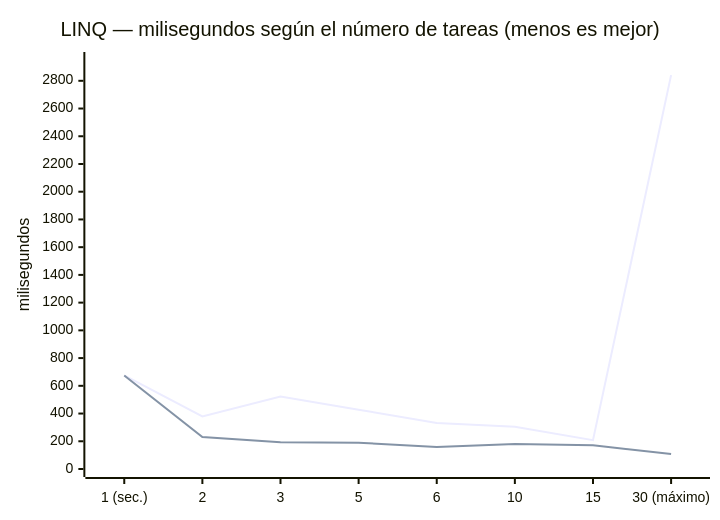
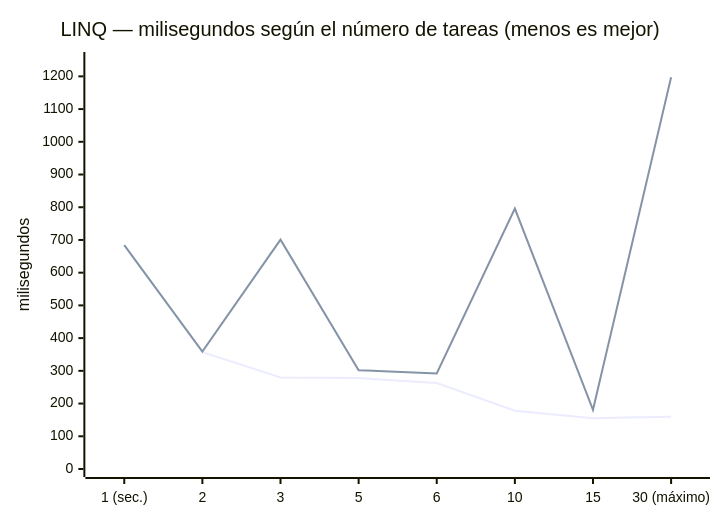
The third of 5 diagrams in soluciones/09-AccidentesMadrid/README.md (joseluisgs/DesarrolloWebEntornosServidor-01-2026-2027), drawn with Mermaid before and after one commit. The commit also changed other lines of this file and 1 other file, not shown here.

````diff
--- a/soluciones/09-AccidentesMadrid/README.md
+++ b/soluciones/09-AccidentesMadrid/README.md
@@ -403,8 +436,8 @@
 ```mermaid
 xychart-beta
     title "LINQ — milisegundos según el número de tareas (menos es mejor)"
     x-axis ["1 (sec.)", "2", "3", "5", "6", "10", "15", "30 (máximo)"]
-    y-axis "milisegundos" 0 --> 2950
-    line "Task.WhenAll" [675, 379, 523, 428, 331, 304, 208, 2841]
-    line "Parallel.For" [675, 231, 193, 190, 159, 180, 171, 108]
+    y-axis "milisegundos" 0 --> 1250
+    line "Task.WhenAll" [684, 357, 280, 278, 263, 178, 155, 160]
+    line "Parallel.For" [684, 359, 701, 302, 292, 796, 181, 1197]
 ```
````
